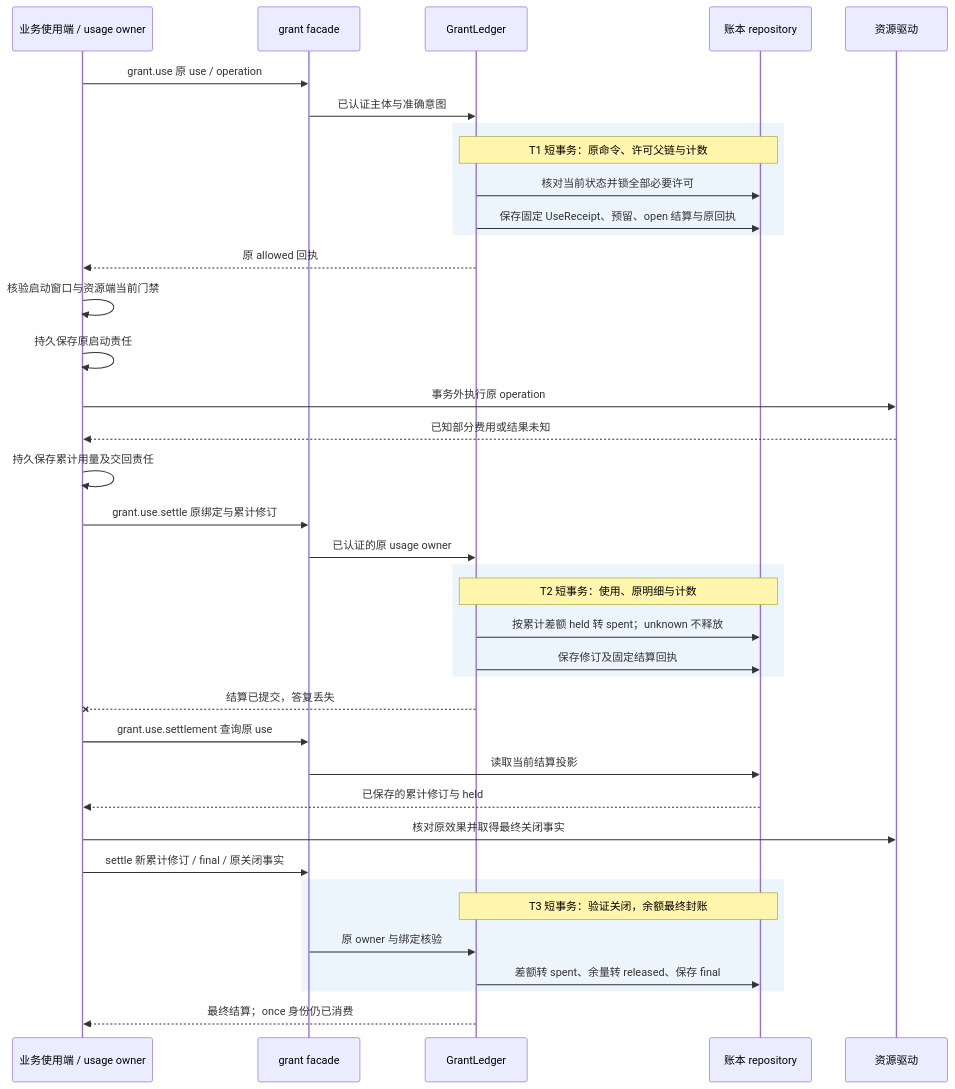
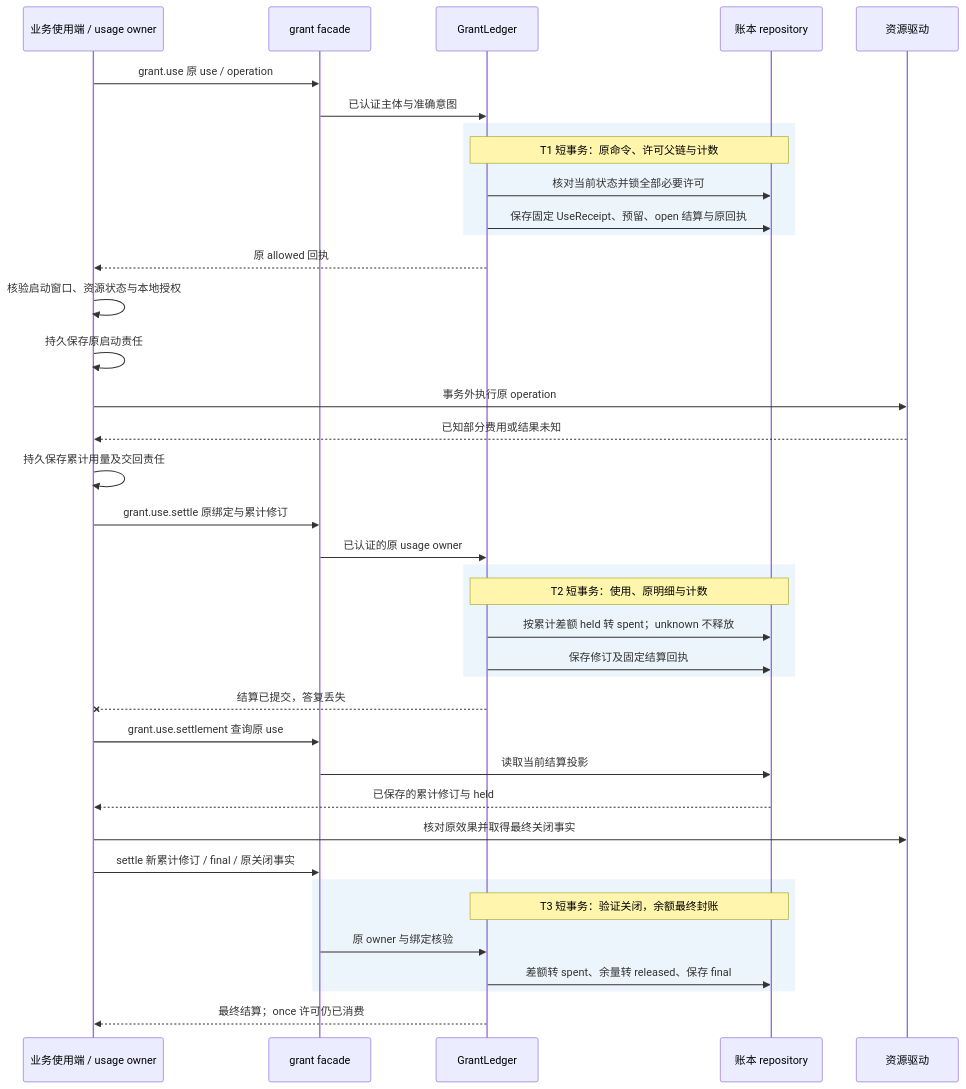
Before and after one commit to ruipengliu/lerna: the third of 4 diagrams in docs/architecture/security/implementation.md, drawn with Mermaid. The commit also changed other lines of this file and 205 other files, not shown here.

Commit message:
docs: unify architecture terminology

````diff
--- a/docs/architecture/security/implementation.md
+++ b/docs/architecture/security/implementation.md
@@ -287,40 +287,40 @@
 ```mermaid
 sequenceDiagram
     participant U as 业务使用端 / usage owner
     participant F as grant facade
     participant G as GrantLedger
     participant S as 账本 repository
     participant X as 资源驱动
     U->>F: grant.use 原 use / operation
     F->>G: 已认证主体与准确意图
     rect rgb(236, 244, 252)
       Note over G,S: T1 短事务：原命令、许可父链与计数
       G->>S: 核对当前状态并锁全部必要许可
       G->>S: 保存固定 UseReceipt、预留、open 结算与原回执
     end
     G-->>U: 原 allowed 回执
-    U->>U: 核验启动窗口与资源端当前门禁
+    U->>U: 核验启动窗口、资源状态与本地授权
     U->>U: 持久保存原启动责任
     U->>X: 事务外执行原 operation
     X-->>U: 已知部分费用或结果未知
     U->>U: 持久保存累计用量及交回责任
     U->>F: grant.use.settle 原绑定与累计修订
     F->>G: 已认证的原 usage owner
     rect rgb(236, 244, 252)
       Note over G,S: T2 短事务：使用、原明细与计数
       G->>S: 按累计差额 held 转 spent；unknown 不释放
       G->>S: 保存修订及固定结算回执
     end
     G--xU: 结算已提交，答复丢失
     U->>F: grant.use.settlement 查询原 use
     F->>S: 读取当前结算投影
     S-->>U: 已保存的累计修订与 held
     U->>X: 核对原效果并取得最终关闭事实
     U->>F: settle 新累计修订 / final / 原关闭事实
     rect rgb(236, 244, 252)
       Note over G,S: T3 短事务：验证关闭，余额最终封账
       F->>G: 原 owner 与绑定核验
       G->>S: 差额转 spent、余量转 released、保存 final
     end
-    G-->>U: 最终结算；once 身份仍已消费
+    G-->>U: 最终结算；once 许可仍已消费
 ```
````
